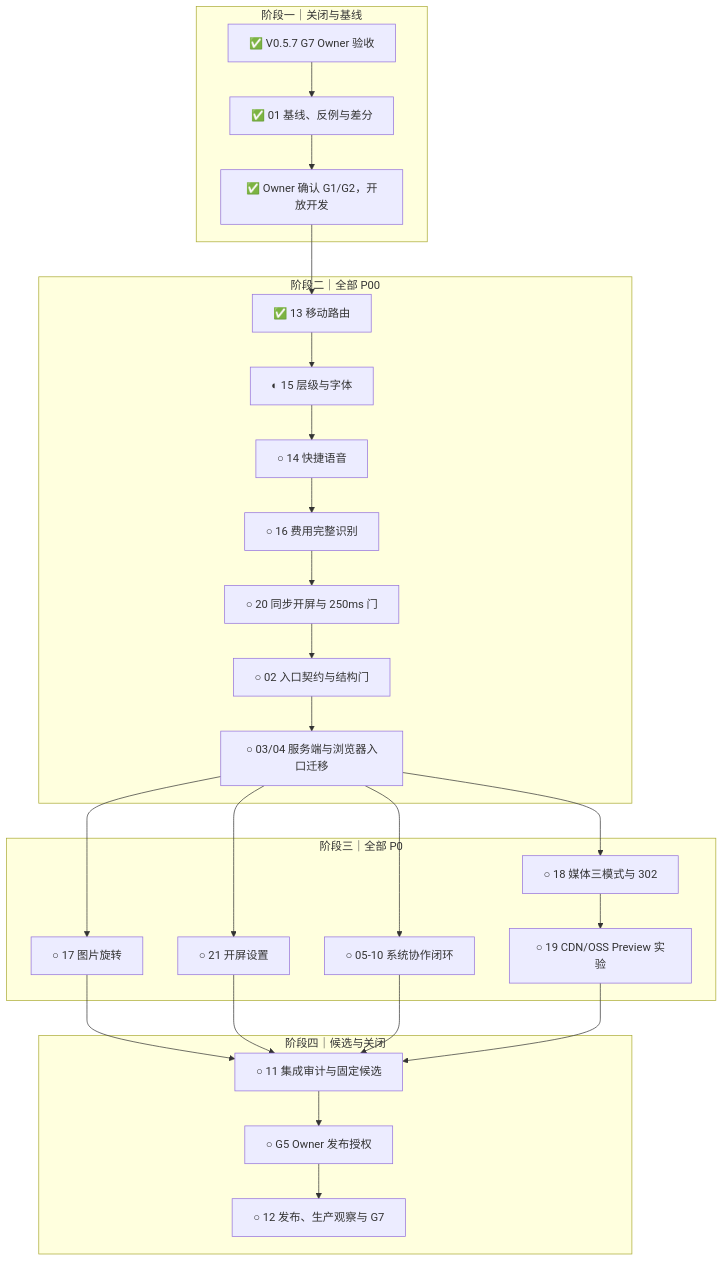
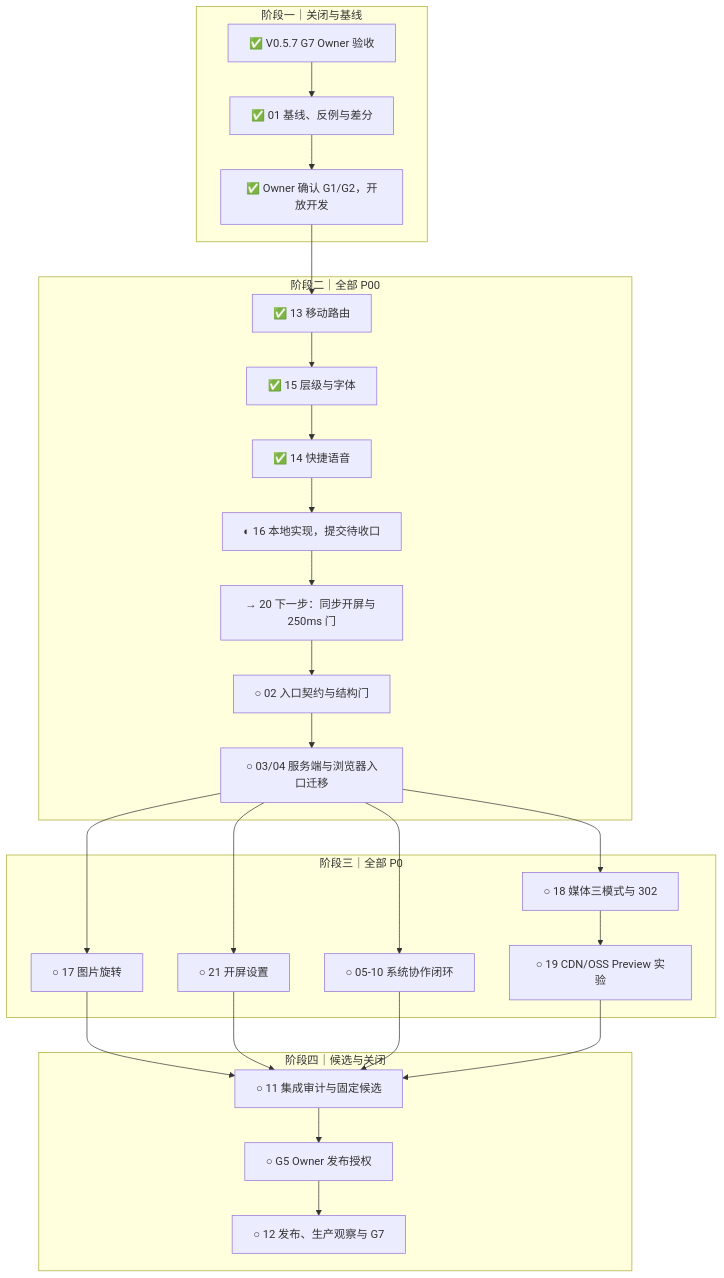
The diagram in reports/iteration-plan-v0.5.8-2026-10-05.md (77Liu/for-now), drawn with Mermaid before and after one commit. The commit also changed other lines of this file and 1 other file, not shown here.

````diff
--- a/reports/iteration-plan-v0.5.8-2026-10-05.md
+++ b/reports/iteration-plan-v0.5.8-2026-10-05.md
@@ -206,31 +207,31 @@
 ```mermaid
 flowchart TD
   subgraph GATE["阶段一｜关闭与基线"]
     A["✅ V0.5.7 G7 Owner 验收"] --> B["✅ 01 基线、反例与差分"]
     B --> C["✅ Owner 确认 G1/G2，开放开发"]
   end
   subgraph P00["阶段二｜全部 P00"]
     C --> D1["✅ 13 移动路由"]
-    D1 --> D2["◐ 15 层级与字体"]
-    D2 --> E["○ 14 快捷语音"]
-    E --> F["○ 16 费用完整识别"]
-    F --> G["○ 20 同步开屏与 250ms 门"]
+    D1 --> D2["✅ 15 层级与字体"]
+    D2 --> E["✅ 14 快捷语音"]
+    E --> F["◐ 16 本地实现，提交待收口"]
+    F --> G["→ 20 下一步：同步开屏与 250ms 门"]
     G --> H["○ 02 入口契约与结构门"]
     H --> I["○ 03/04 服务端与浏览器入口迁移"]
   end
   subgraph P0["阶段三｜全部 P0"]
     I --> J["○ 17 图片旋转"]
     I --> K["○ 18 媒体三模式与 302"]
     I --> L["○ 21 开屏设置"]
     I --> M["○ 05-10 系统协作闭环"]
     K --> N["○ 19 CDN/OSS Preview 实验"]
   end
   subgraph RELEASE["阶段四｜候选与关闭"]
     J --> O["○ 11 集成审计与固定候选"]
     L --> O
     M --> O
     N --> O
     O --> P["○ G5 Owner 发布授权"]
     P --> Q["○ 12 发布、生产观察与 G7"]
   end
 ```
````
